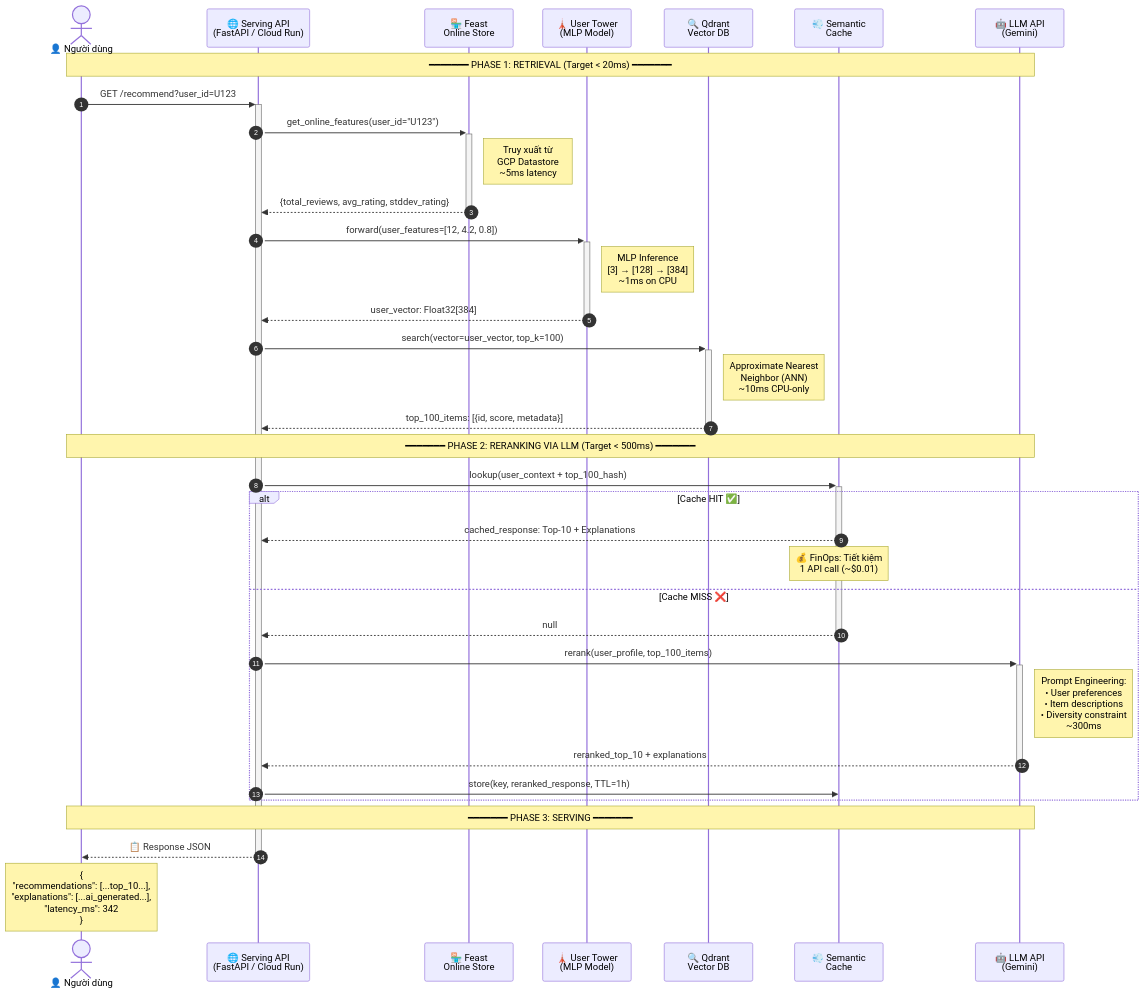
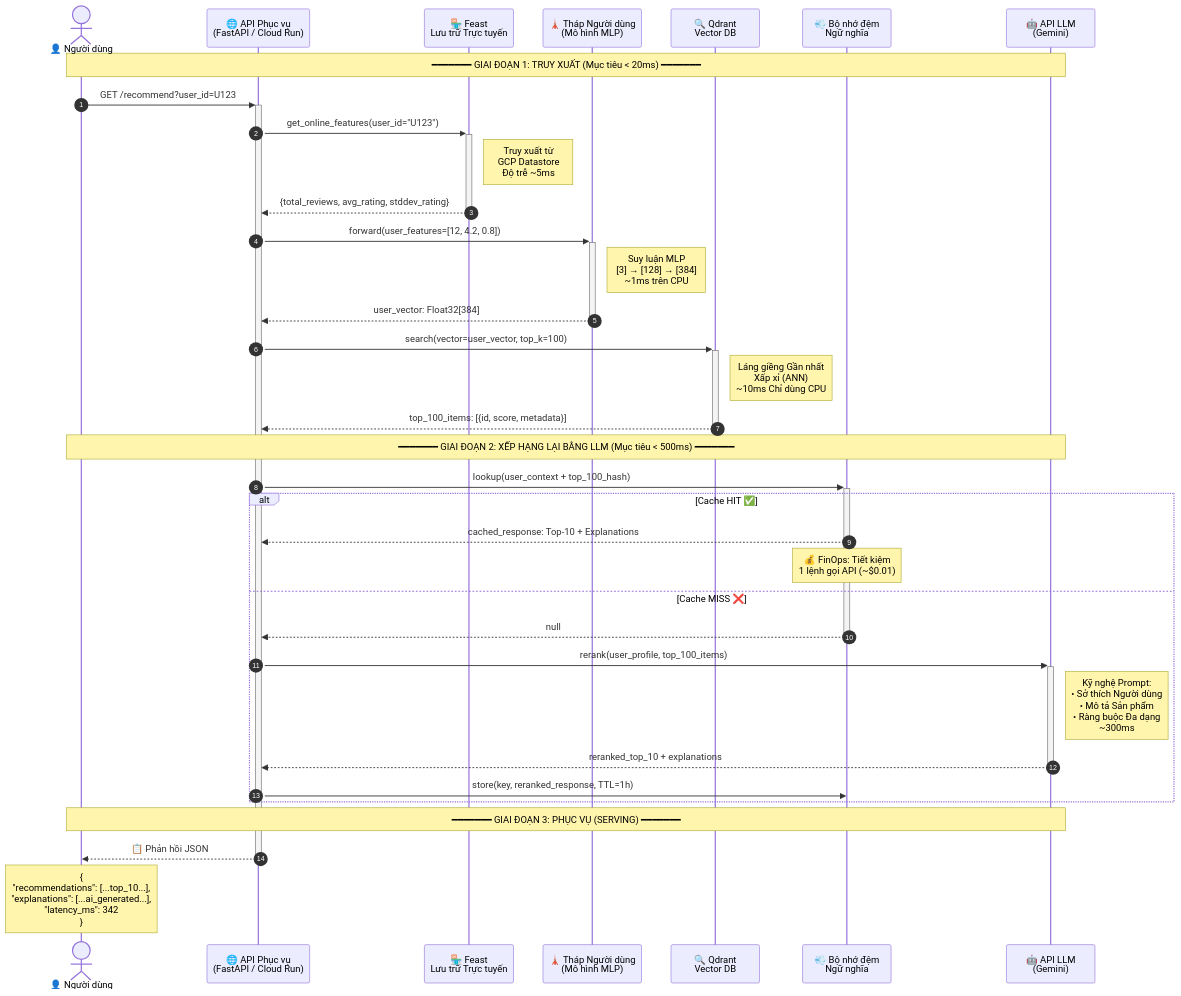
The fourth of 5 diagrams in README.md (DIOquang/mining_massive), drawn with Mermaid before and after one commit. The commit also changed other lines of this file, not shown here.

````diff
--- a/README.md
+++ b/README.md
@@ -309,51 +309,51 @@
 ```mermaid
 sequenceDiagram
     autonumber
 
     actor User as 👤 Người dùng
-    participant API as 🌐 Serving API<br/>(FastAPI / Cloud Run)
-    participant Feast as 🏪 Feast<br/>Online Store
-    participant UT as 🗼 User Tower<br/>(MLP Model)
+    participant API as 🌐 API Phục vụ<br/>(FastAPI / Cloud Run)
+    participant Feast as 🏪 Feast<br/>Lưu trữ Trực tuyến
+    participant UT as 🗼 Tháp Người dùng<br/>(Mô hình MLP)
     participant Qdrant as 🔍 Qdrant<br/>Vector DB
-    participant Cache as 💨 Semantic<br/>Cache
-    participant LLM as 🤖 LLM API<br/>(Gemini)
+    participant Cache as 💨 Bộ nhớ đệm<br/>Ngữ nghĩa
+    participant LLM as 🤖 API LLM<br/>(Gemini)
 
-    Note over User,LLM: ━━━━━━━ PHASE 1: RETRIEVAL (Target < 20ms) ━━━━━━━
+    Note over User,LLM: ━━━━━━━ GIAI ĐOẠN 1: TRUY XUẤT (Mục tiêu < 20ms) ━━━━━━━
 
     User->>+API: GET /recommend?user_id=U123
     
     API->>+Feast: get_online_features(user_id="U123")
-    Note right of Feast: Truy xuất từ<br/>GCP Datastore<br/>~5ms latency
+    Note right of Feast: Truy xuất từ<br/>GCP Datastore<br/>Độ trễ ~5ms
     Feast-->>-API: {total_reviews, avg_rating, stddev_rating}
 
     API->>+UT: forward(user_features=[12, 4.2, 0.8])
-    Note right of UT: MLP Inference<br/>[3] → [128] → [384]<br/>~1ms on CPU
+    Note right of UT: Suy luận MLP<br/>[3] → [128] → [384]<br/>~1ms trên CPU
     UT-->>-API: user_vector: Float32[384]
 
     API->>+Qdrant: search(vector=user_vector, top_k=100)
-    Note right of Qdrant: Approximate Nearest<br/>Neighbor (ANN)<br/>~10ms CPU-only
+    Note right of Qdrant: Láng giềng Gần nhất<br/>Xấp xỉ (ANN)<br/>~10ms Chỉ dùng CPU
     Qdrant-->>-API: top_100_items: [{id, score, metadata}]
 
-    Note over User,LLM: ━━━━━━━ PHASE 2: RERANKING VIA LLM (Target < 500ms) ━━━━━━━
+    Note over User,LLM: ━━━━━━━ GIAI ĐOẠN 2: XẾP HẠNG LẠI BẰNG LLM (Mục tiêu < 500ms) ━━━━━━━
 
     API->>+Cache: lookup(user_context + top_100_hash)
     
     alt Cache HIT ✅
         Cache-->>API: cached_response: Top-10 + Explanations
-        Note over Cache: 💰 FinOps: Tiết kiệm<br/>1 API call (~$0.01)
+        Note over Cache: 💰 FinOps: Tiết kiệm<br/>1 lệnh gọi API (~$0.01)
     else Cache MISS ❌
         Cache-->>-API: null
         
         API->>+LLM: rerank(user_profile, top_100_items)
-        Note right of LLM: Prompt Engineering:<br/>• User preferences<br/>• Item descriptions<br/>• Diversity constraint<br/>~300ms
+        Note right of LLM: Kỹ nghệ Prompt:<br/>• Sở thích Người dùng<br/>• Mô tả Sản phẩm<br/>• Ràng buộc Đa dạng<br/>~300ms
         LLM-->>-API: reranked_top_10 + explanations
         
         API->>Cache: store(key, reranked_response, TTL=1h)
     end
 
-    Note over User,LLM: ━━━━━━━ PHASE 3: SERVING ━━━━━━━
+    Note over User,LLM: ━━━━━━━ GIAI ĐOẠN 3: PHỤC VỤ (SERVING) ━━━━━━━
 
-    API-->>-User: 📋 Response JSON
+    API-->>-User: 📋 Phản hồi JSON
     
     Note over User: {<br/>  "recommendations": [...top_10...],<br/>  "explanations": [...ai_generated...],<br/>  "latency_ms": 342<br/>}
 ```
````
